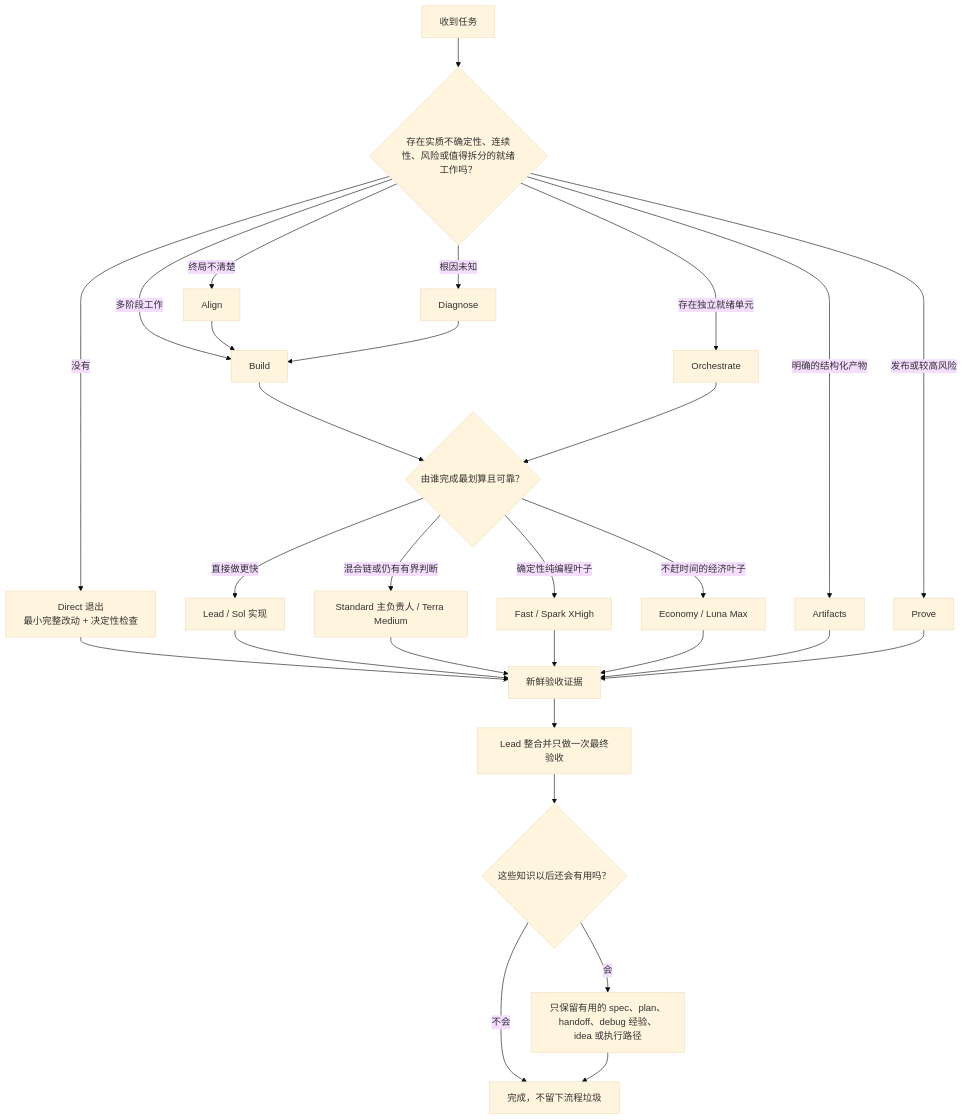
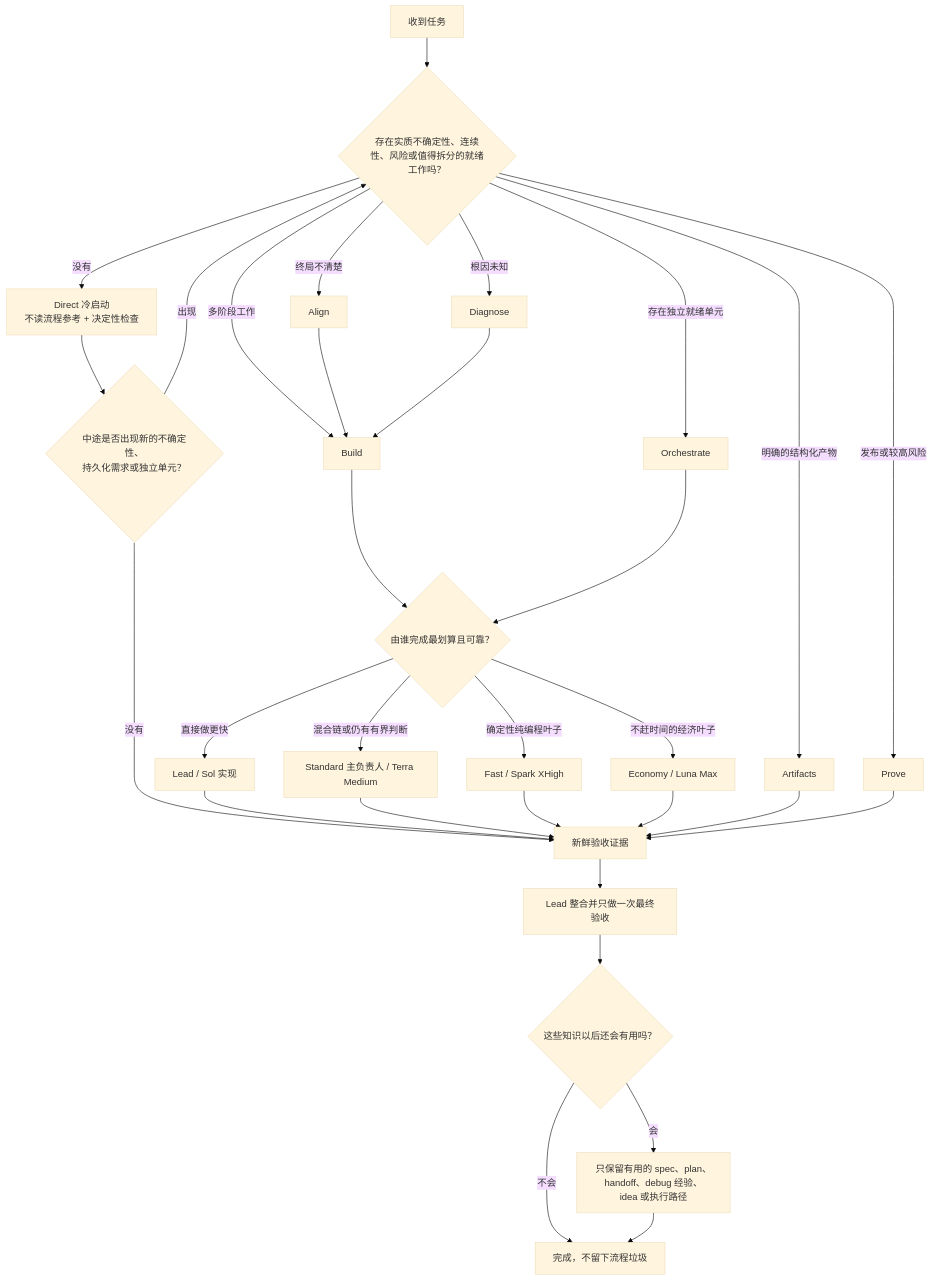
One commit to blackstone2333/goldilocks changed the diagram in README.zh-CN.md. Above: the diagram before and after it, drawn with Mermaid (base theme). The commit also changed other lines of this file and 56 other files, not shown here.

````diff
--- a/README.zh-CN.md
+++ b/README.zh-CN.md
@@ -109,31 +109,33 @@
 ```mermaid
 flowchart TD
     A["收到任务"] --> B{"存在实质不确定性、连续性、风险或值得拆分的就绪工作吗？"}
-    B -- "没有" --> C["Direct 退出<br/>最小完整改动 + 决定性检查"]
+    B -- "没有" --> C["Direct 冷启动<br/>不读流程参考 + 决定性检查"]
     B -- "终局不清楚" --> D["Align"]
     B -- "根因未知" --> E["Diagnose"]
     B -- "多阶段工作" --> F["Build"]
     B -- "存在独立就绪单元" --> G["Orchestrate"]
     B -- "发布或较高风险" --> H["Prove"]
     B -- "明确的结构化产物" --> I["Artifacts"]
     D --> F
     E --> F
     F --> J{"由谁完成最划算且可靠？"}
     G --> J
     J -- "直接做更快" --> K["Lead / Sol 实现"]
     J -- "混合链或仍有有界判断" --> L["Standard 主负责人 / Terra Medium"]
     J -- "确定性纯编程叶子" --> M["Fast / Spark XHigh"]
     J -- "不赶时间的经济叶子" --> N["Economy / Luna Max"]
-    C --> O["新鲜验收证据"]
+    C --> T{"中途是否出现新的不确定性、<br/>持久化需求或独立单元？"}
+    T -- "没有" --> O["新鲜验收证据"]
+    T -- "出现" --> B
     K --> O
     L --> O
     M --> O
     N --> O
     I --> O
     H --> O
     O --> P["Lead 整合并只做一次最终验收"]
     P --> Q{"这些知识以后还会有用吗？"}
     Q -- "会" --> R["只保留有用的 spec、plan、handoff、debug 经验、idea 或执行路径"]
     Q -- "不会" --> S["完成，不留下流程垃圾"]
     R --> S
 ```
````
